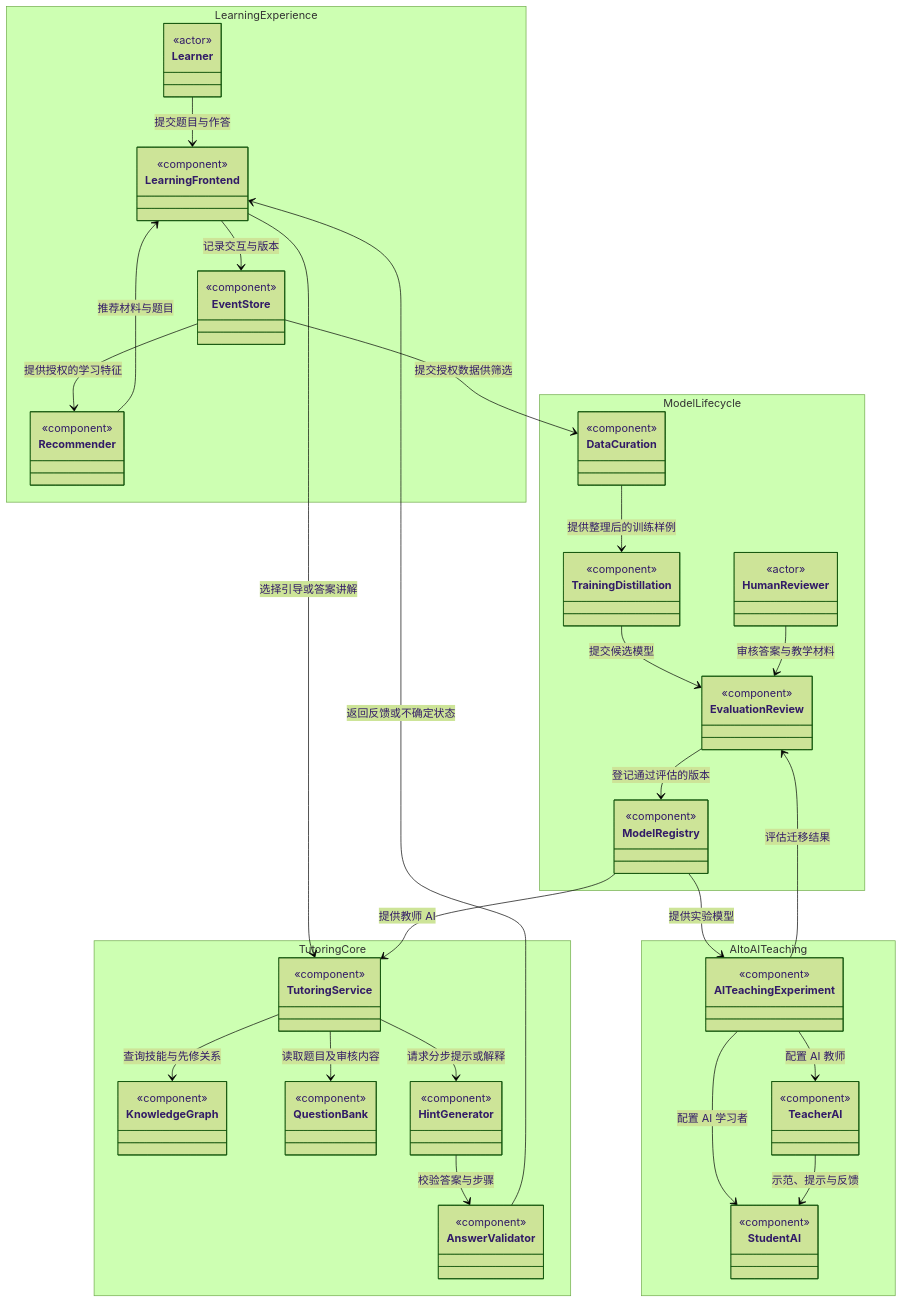
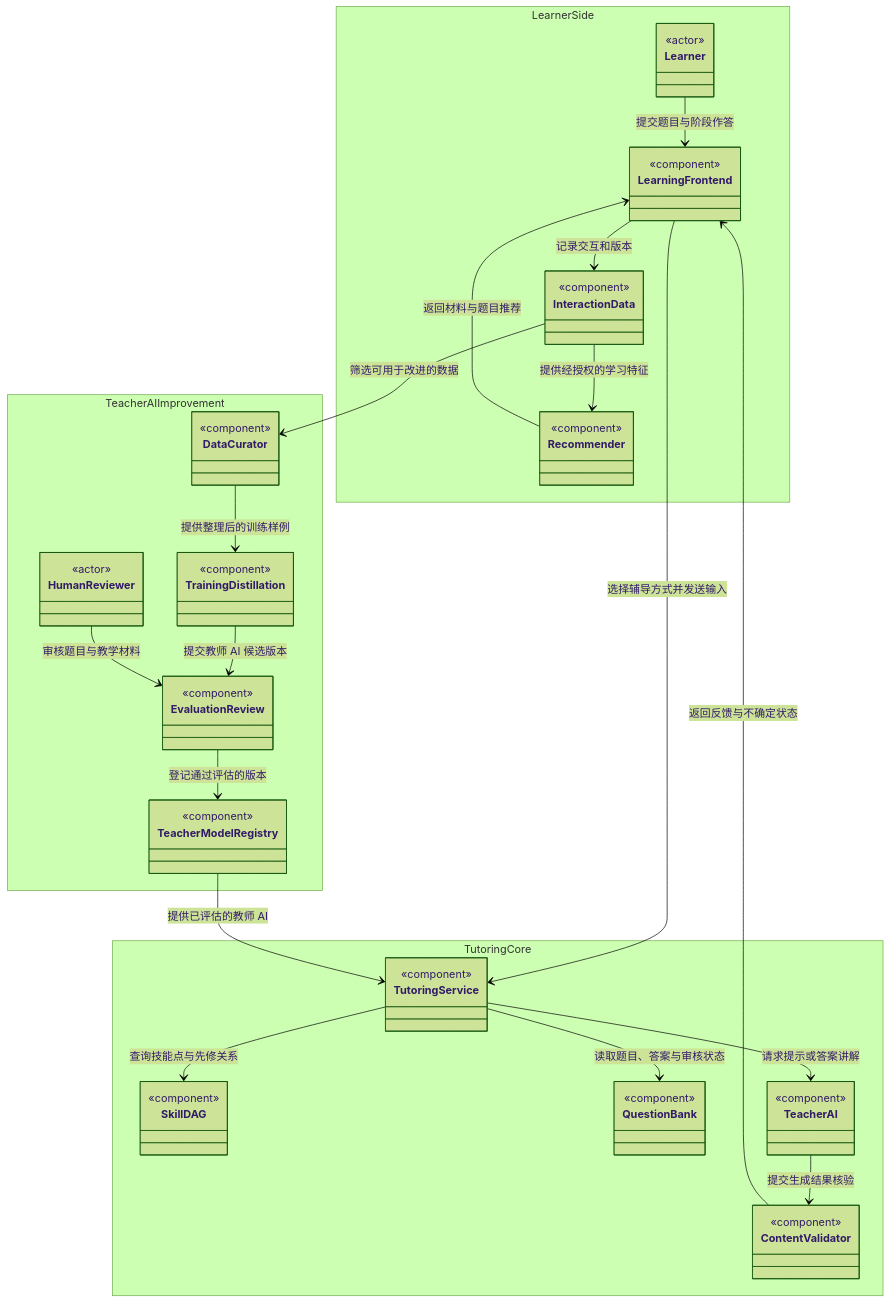
The diagram in doc/01-project-introduction.md (WeijieZhu93/hace-lab), drawn with Mermaid (forest theme) before and after one commit. The commit also changed other lines of this file, not shown here.

Commit message:
docs: simplify HACE project introduction

````diff
--- a/doc/01-project-introduction.md
+++ b/doc/01-project-introduction.md
@@ -23,14 +23,14 @@
 classDiagram
 direction TB
 
-namespace LearningExperience {
+namespace LearnerSide {
   class Learner {
     <<actor>>
   }
   class LearningFrontend {
     <<component>>
   }
-  class EventStore {
+  class InteractionData {
     <<component>>
   }
   class Recommender {
@@ -41,67 +41,51 @@
   class TutoringService {
     <<component>>
   }
-  class KnowledgeGraph {
+  class SkillDAG {
     <<component>>
   }
   class QuestionBank {
     <<component>>
   }
-  class HintGenerator {
+  class TeacherAI {
     <<component>>
   }
-  class AnswerValidator {
+  class ContentValidator {
     <<component>>
   }
 }
-namespace ModelLifecycle {
-  class HumanReviewer {
-    <<actor>>
-  }
-  class DataCuration {
+namespace TeacherAIImprovement {
+  class DataCurator {
     <<component>>
   }
   class TrainingDistillation {
     <<component>>
   }
+  class HumanReviewer {
+    <<actor>>
+  }
   class EvaluationReview {
     <<component>>
   }
-  class ModelRegistry {
-    <<component>>
-  }
-}
-namespace AItoAITeaching {
-  class AITeachingExperiment {
-    <<component>>
-  }
-  class TeacherAI {
-    <<component>>
-  }
-  class StudentAI {
+  class TeacherModelRegistry {
     <<component>>
   }
 }
 
-Learner --> LearningFrontend : 提交题目与作答
-LearningFrontend --> TutoringService : 选择引导或答案讲解
-TutoringService --> KnowledgeGraph : 查询技能与先修关系
-TutoringService --> QuestionBank : 读取题目及审核内容
-TutoringService --> HintGenerator : 请求分步提示或解释
-HintGenerator --> AnswerValidator : 校验答案与步骤
-AnswerValidator --> LearningFrontend : 返回反馈或不确定状态
-LearningFrontend --> EventStore : 记录交互与版本
-EventStore --> Recommender : 提供授权的学习特征
-Recommender --> LearningFrontend : 推荐材料与题目
-EventStore --> DataCuration : 提交授权数据供筛选
-DataCuration --> TrainingDistillation : 提供整理后的训练样例
-TrainingDistillation --> EvaluationReview : 提交候选模型
-HumanReviewer --> EvaluationReview : 审核答案与教学材料
-EvaluationReview --> ModelRegistry : 登记通过评估的版本
-ModelRegistry --> TutoringService : 提供教师 AI
-ModelRegistry --> AITeachingExperiment : 提供实验模型
-AITeachingExperiment --> TeacherAI : 配置 AI 教师
-AITeachingExperiment --> StudentAI : 配置 AI 学习者
-TeacherAI --> StudentAI : 示范、提示与反馈
-AITeachingExperiment --> EvaluationReview : 评估迁移结果
+Learner --> LearningFrontend : 提交题目与阶段作答
+LearningFrontend --> TutoringService : 选择辅导方式并发送输入
+TutoringService --> SkillDAG : 查询技能点与先修关系
+TutoringService --> QuestionBank : 读取题目、答案与审核状态
+TutoringService --> TeacherAI : 请求提示或答案讲解
+TeacherAI --> ContentValidator : 提交生成结果核验
+ContentValidator --> LearningFrontend : 返回反馈与不确定状态
+LearningFrontend --> InteractionData : 记录交互和版本
+InteractionData --> Recommender : 提供经授权的学习特征
+Recommender --> LearningFrontend : 返回材料与题目推荐
+InteractionData --> DataCurator : 筛选可用于改进的数据
+DataCurator --> TrainingDistillation : 提供整理后的训练样例
+TrainingDistillation --> EvaluationReview : 提交教师 AI 候选版本
+HumanReviewer --> EvaluationReview : 审核题目与教学材料
+EvaluationReview --> TeacherModelRegistry : 登记通过评估的版本
+TeacherModelRegistry --> TutoringService : 提供已评估的教师 AI
 ```
````
